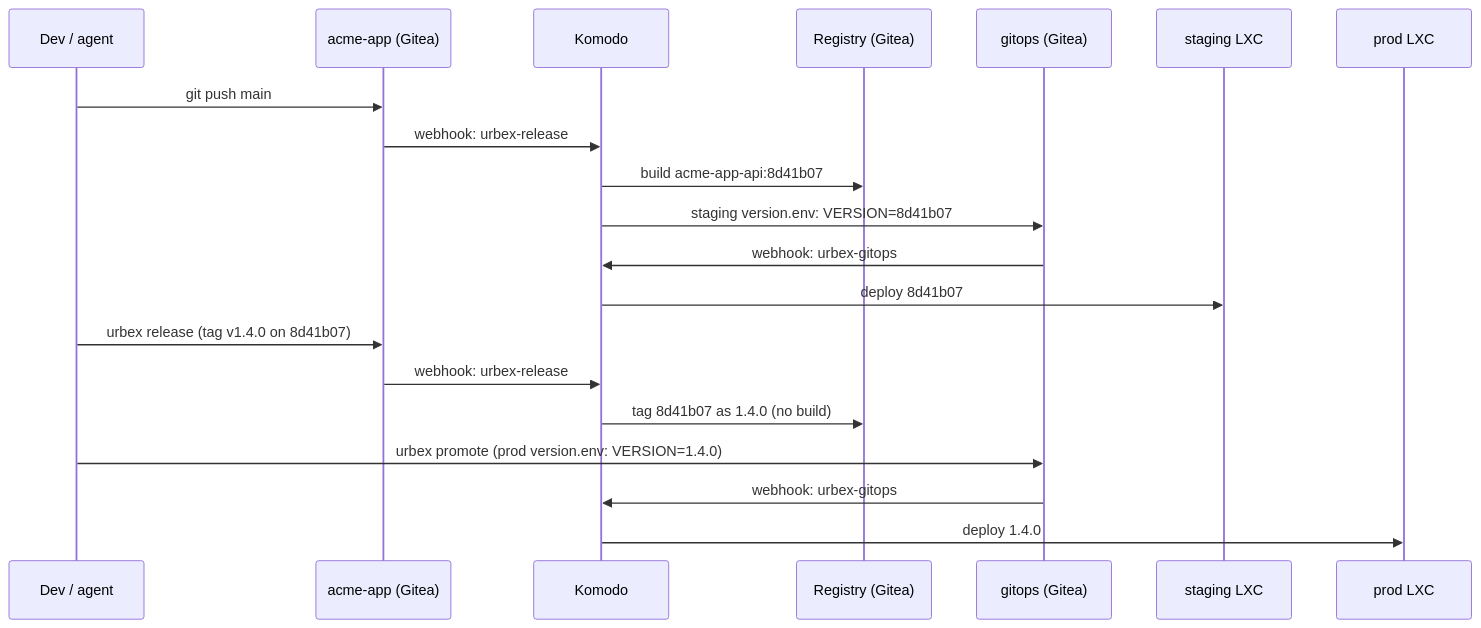
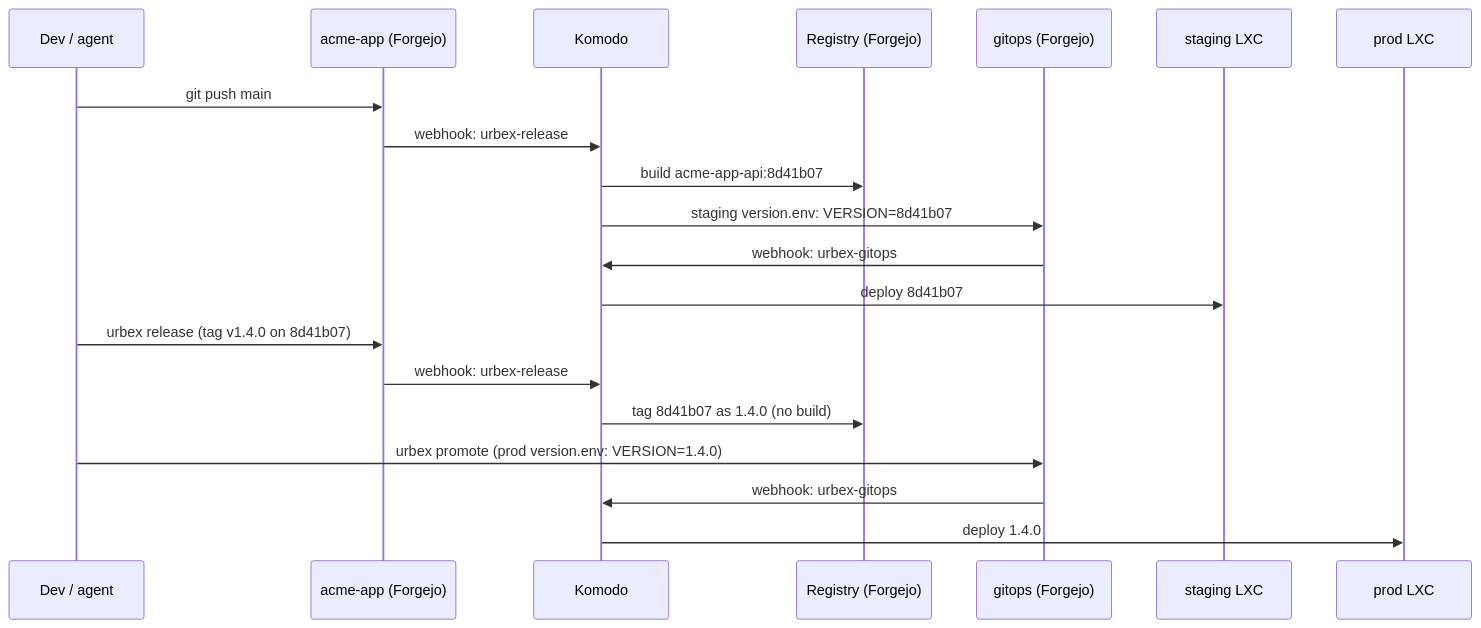
Before and after one commit to urbforge/urbex: the second of 2 diagrams in docs/architecture.md, drawn with Mermaid. The commit also changed other lines of this file and 23 other files, not shown here.

````diff
--- a/docs/architecture.md
+++ b/docs/architecture.md
@@ -237,22 +237,22 @@
 ```mermaid
 sequenceDiagram
     participant Dev as Dev / agent
-    participant Repo as acme-app (Gitea)
+    participant Repo as acme-app (Forgejo)
     participant K as Komodo
-    participant Reg as Registry (Gitea)
-    participant G as gitops (Gitea)
+    participant Reg as Registry (Forgejo)
+    participant G as gitops (Forgejo)
     participant S as staging LXC
     participant P as prod LXC
     Dev->>Repo: git push main
     Repo->>K: webhook: urbex-release
     K->>Reg: build acme-app-api:8d41b07
     K->>G: staging version.env: VERSION=8d41b07
     G->>K: webhook: urbex-gitops
     K->>S: deploy 8d41b07
     Dev->>Repo: urbex release (tag v1.4.0 on 8d41b07)
     Repo->>K: webhook: urbex-release
     K->>Reg: tag 8d41b07 as 1.4.0 (no build)
     Dev->>G: urbex promote (prod version.env: VERSION=1.4.0)
     G->>K: webhook: urbex-gitops
     K->>P: deploy 1.4.0
 ```
````
